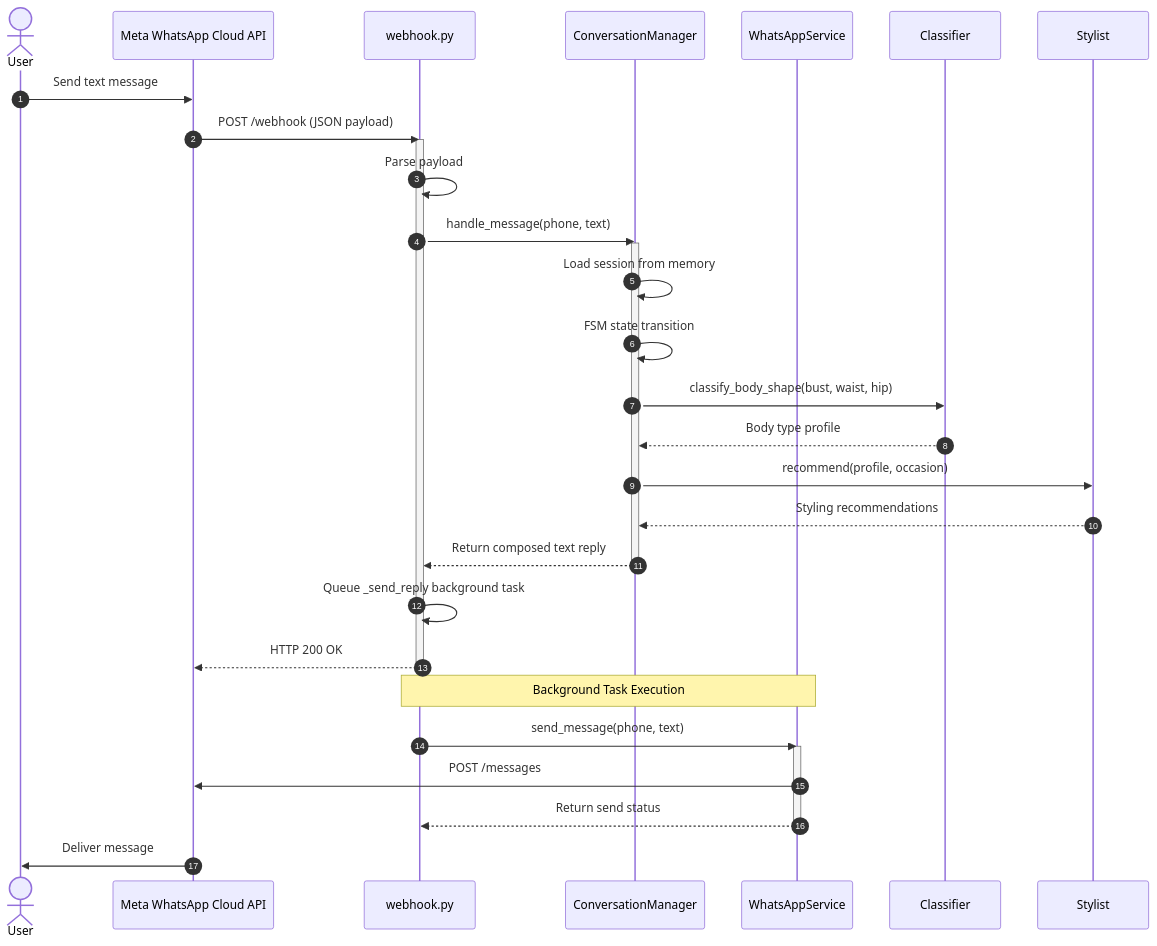
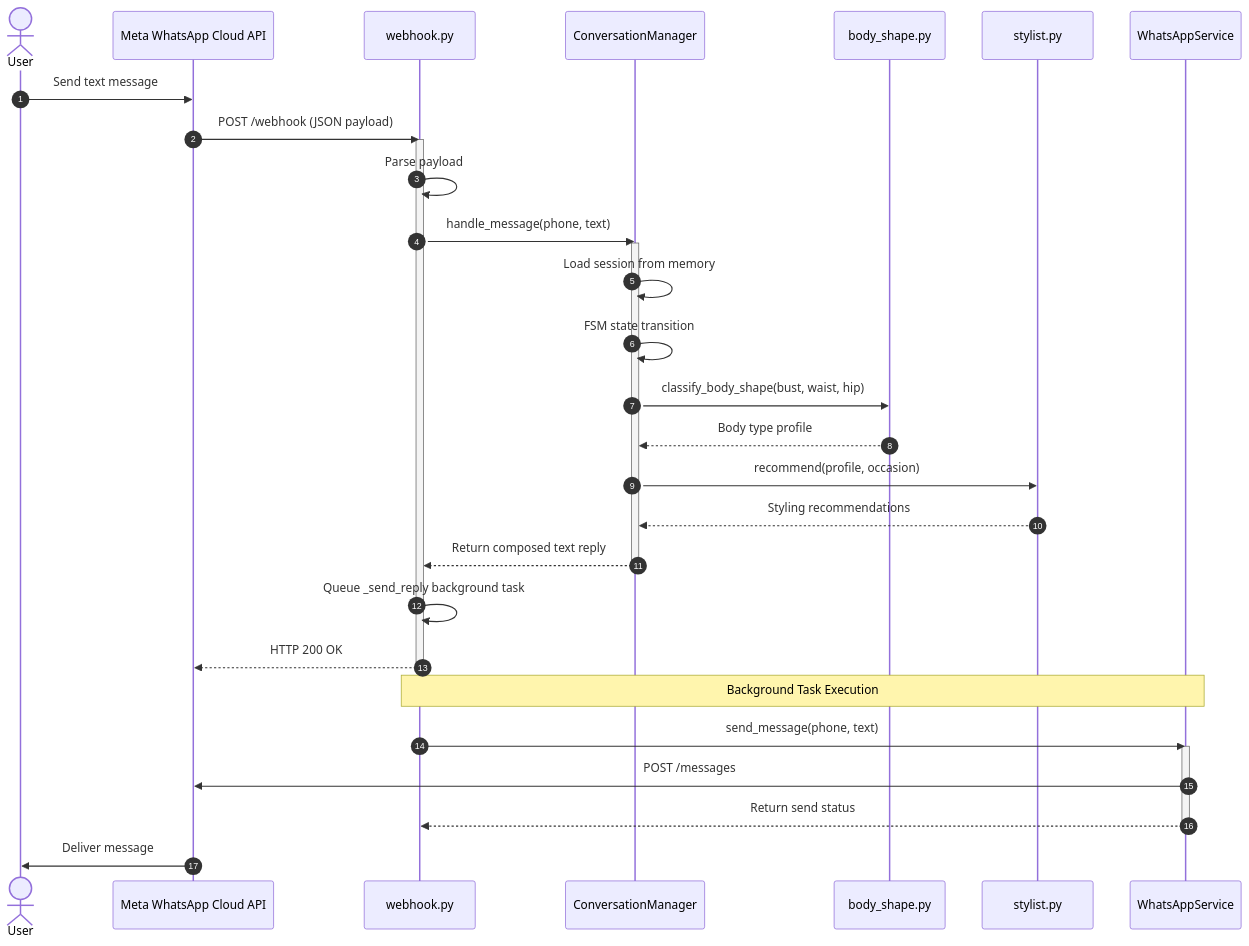
Before and after one commit to Aayushiii25/Drape: the second of 2 diagrams in README.md, drawn with Mermaid. The commit also changed other lines of this file, not shown here.

Commit message:
docs: fix Mermaid syntax issues in README.md diagrams

````diff
--- a/README.md
+++ b/README.md
@@ -57,35 +57,37 @@
 ```mermaid
 sequenceDiagram
     autonumber
-    actor User as User
+    actor User
     participant Meta as Meta WhatsApp Cloud API
     participant App as webhook.py
     participant Manager as ConversationManager
+    participant Classifier as body_shape.py
+    participant Stylist as stylist.py
     participant Service as WhatsAppService
 
     User->>Meta: Send text message
     Meta->>App: POST /webhook (JSON payload)
     activate App
     App->>App: Parse payload
     App->>Manager: handle_message(phone, text)
     activate Manager
     Manager->>Manager: Load session from memory
     Manager->>Manager: FSM state transition
     Manager->>Classifier: classify_body_shape(bust, waist, hip)
     Classifier-->>Manager: Body type profile
     Manager->>Stylist: recommend(profile, occasion)
     Stylist-->>Manager: Styling recommendations
     Manager-->>App: Return composed text reply
     deactivate Manager
     App->>App: Queue _send_reply background task
     App-->>Meta: HTTP 200 OK
     deactivate App
 
     Note over App, Service: Background Task Execution
     App->>Service: send_message(phone, text)
     activate Service
     Service->>Meta: POST /messages
     Service-->>App: Return send status
     deactivate Service
     Meta->>User: Deliver message
 ```
````
